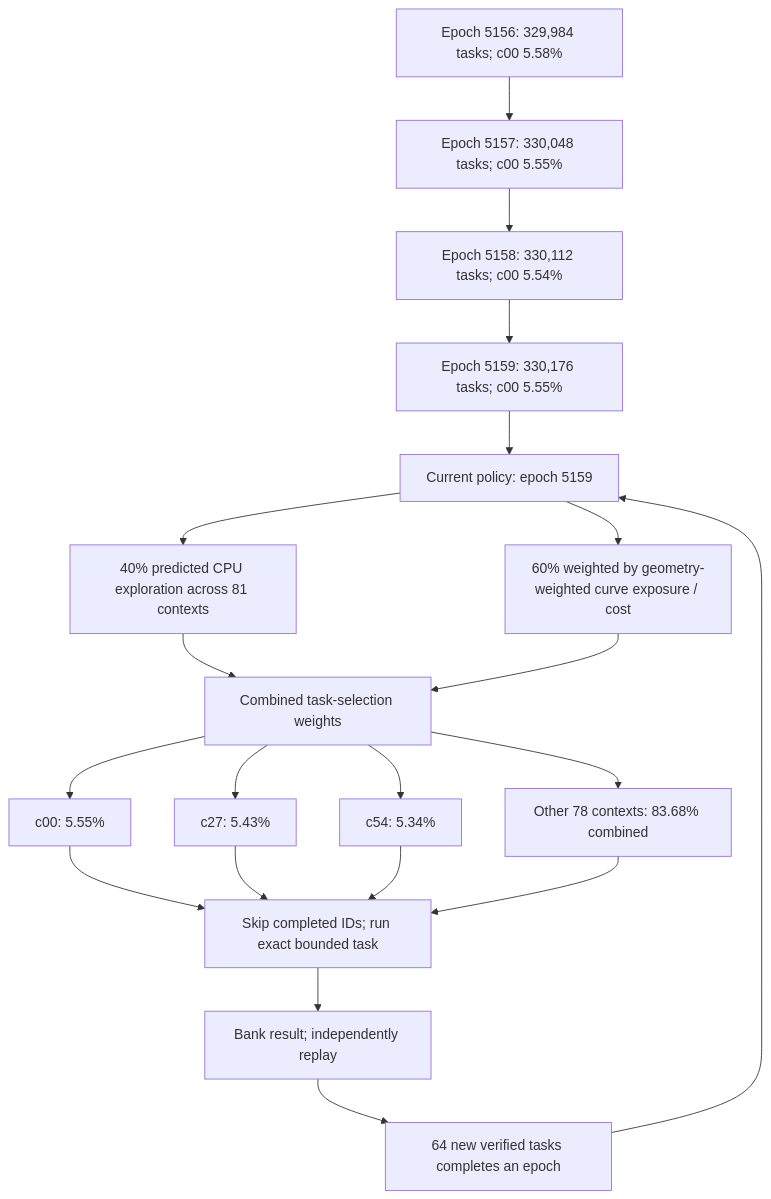
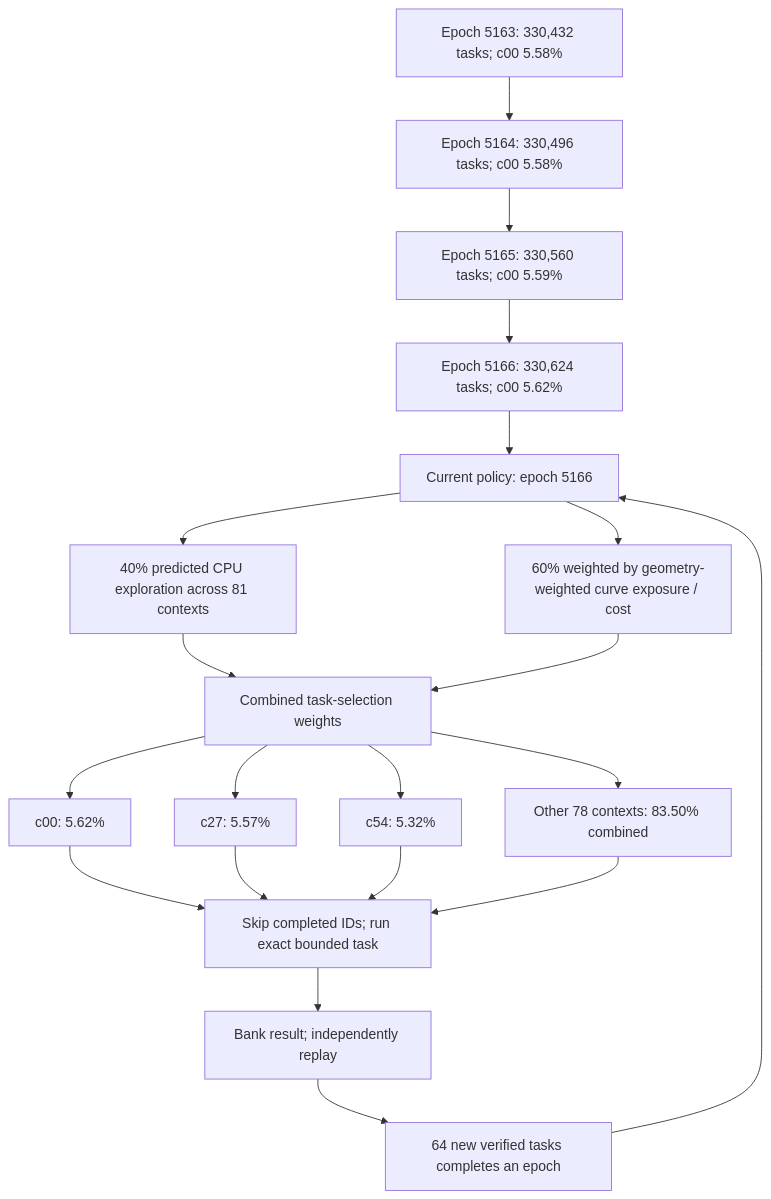
The first of 3 diagrams in README.md (Kuberwastaken/math-gambling), drawn with Mermaid before and after one commit. The commit also changed other lines of this file and 1470 other files, not shown here.

````diff
--- a/README.md
+++ b/README.md
@@ -60,27 +60,27 @@
 ```mermaid
 flowchart TD
-    H0["Epoch 5156: 329,984 tasks; c00 5.58%"]
-    H1["Epoch 5157: 330,048 tasks; c00 5.55%"]
+    H0["Epoch 5163: 330,432 tasks; c00 5.58%"]
+    H1["Epoch 5164: 330,496 tasks; c00 5.58%"]
     H0 --> H1
-    H2["Epoch 5158: 330,112 tasks; c00 5.54%"]
+    H2["Epoch 5165: 330,560 tasks; c00 5.59%"]
     H1 --> H2
-    H3["Epoch 5159: 330,176 tasks; c00 5.55%"]
+    H3["Epoch 5166: 330,624 tasks; c00 5.62%"]
     H2 --> H3
-    Policy["Current policy: epoch 5159"]
+    Policy["Current policy: epoch 5166"]
     H3 --> Policy
     Policy --> Explore["40% predicted CPU exploration across 81 contexts"]
     Policy --> Cost["60% weighted by geometry-weighted curve exposure / cost"]
     Explore --> Mix["Combined task-selection weights"]
     Cost --> Mix
-    Mix --> C0["c00: 5.55%"]
-    Mix --> C1["c27: 5.43%"]
-    Mix --> C2["c54: 5.34%"]
-    Mix --> Rest["Other 78 contexts: 83.68% combined"]
+    Mix --> C0["c00: 5.62%"]
+    Mix --> C1["c27: 5.57%"]
+    Mix --> C2["c54: 5.32%"]
+    Mix --> Rest["Other 78 contexts: 83.50% combined"]
     C0 --> Check["Skip completed IDs; run exact bounded task"]
     C1 --> Check
     C2 --> Check
     Rest --> Check
     Check --> Replay["Bank result; independently replay"]
     Replay --> Gate["64 new verified tasks completes an epoch"]
     Gate --> Policy
 ```
````
